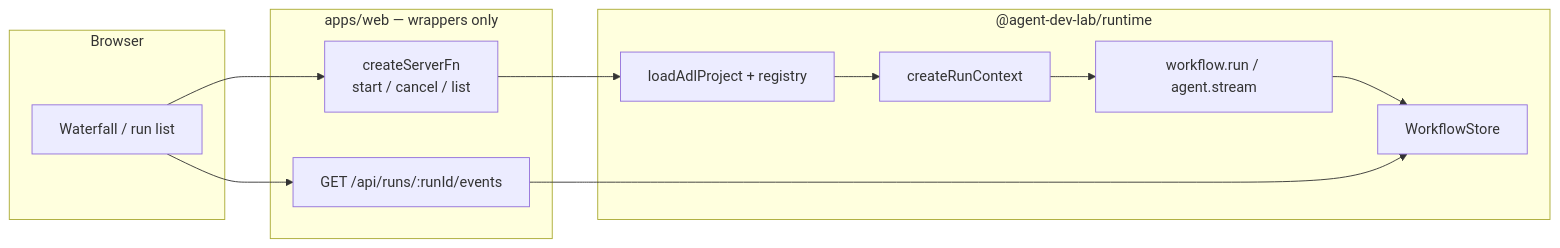
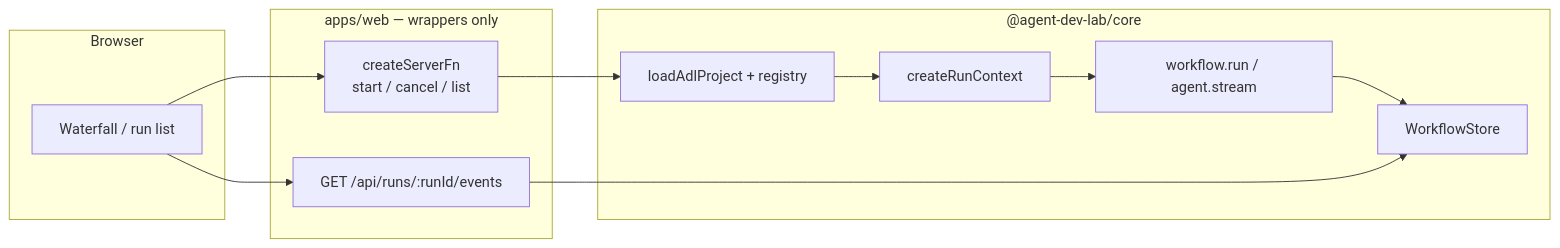
Before and after one commit to jsimonrichard/agent-dev-lab: the diagram in notes/inspection-ui.md, drawn with Mermaid. The commit also changed other lines of this file and 40 other files, not shown here.

````diff
--- a/notes/inspection-ui.md
+++ b/notes/inspection-ui.md
@@ -15,21 +15,21 @@
 ```mermaid
 flowchart LR
   subgraph browser["Browser"]
     UI["Waterfall / run list"]
   end
   subgraph web["apps/web — wrappers only"]
     SFN["createServerFn\nstart / cancel / list"]
     SSE["GET /api/runs/:runId/events"]
   end
-  subgraph runtime["@agent-dev-lab/runtime"]
+  subgraph runtime["@agent-dev-lab/core"]
     LOAD["loadAdlProject + registry"]
     CTX["createRunContext"]
     RUN["workflow.run / agent.stream"]
     STORE["WorkflowStore"]
   end
 
   UI --> SFN
   UI --> SSE
   SFN --> LOAD --> CTX --> RUN --> STORE
   SSE --> STORE
 ```
````
